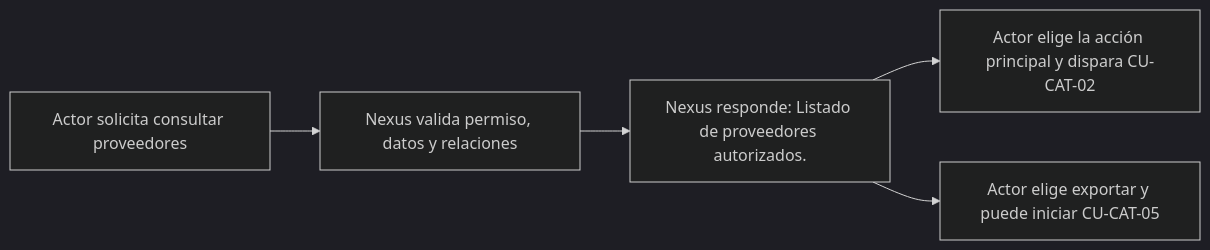
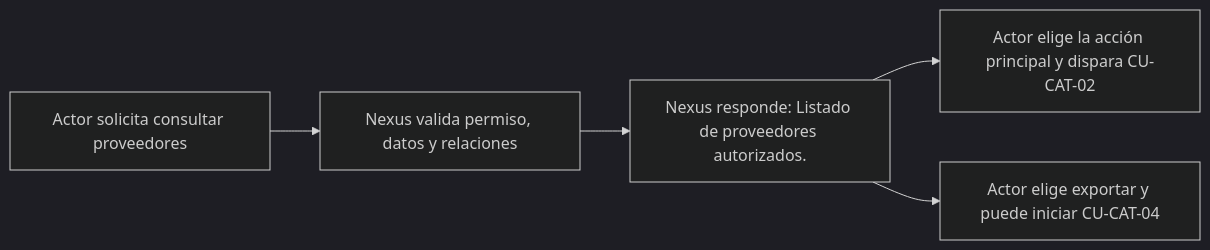
Before and after one commit to gpgsistemas01/nexus: the diagram in docs/requirements/diagrams/catalogs/cu-cat-01.md, drawn with Mermaid (dark theme). The commit also changed 167 other files, not shown here.

````diff
--- a/docs/requirements/diagrams/catalogs/cu-cat-01.md
+++ b/docs/requirements/diagrams/catalogs/cu-cat-01.md
@@ -3,7 +3,7 @@
 ```mermaid
 flowchart LR
     request["Actor solicita consultar proveedores"] --> validate["Nexus valida permiso, datos y relaciones"]
     validate --> result["Nexus responde: Listado de proveedores autorizados."]
     result --> primary["Actor elige la acción principal y dispara CU-CAT-02"]
-    result --> report["Actor elige exportar y puede iniciar CU-CAT-05"]
+    result --> report["Actor elige exportar y puede iniciar CU-CAT-04"]
 ```
````
